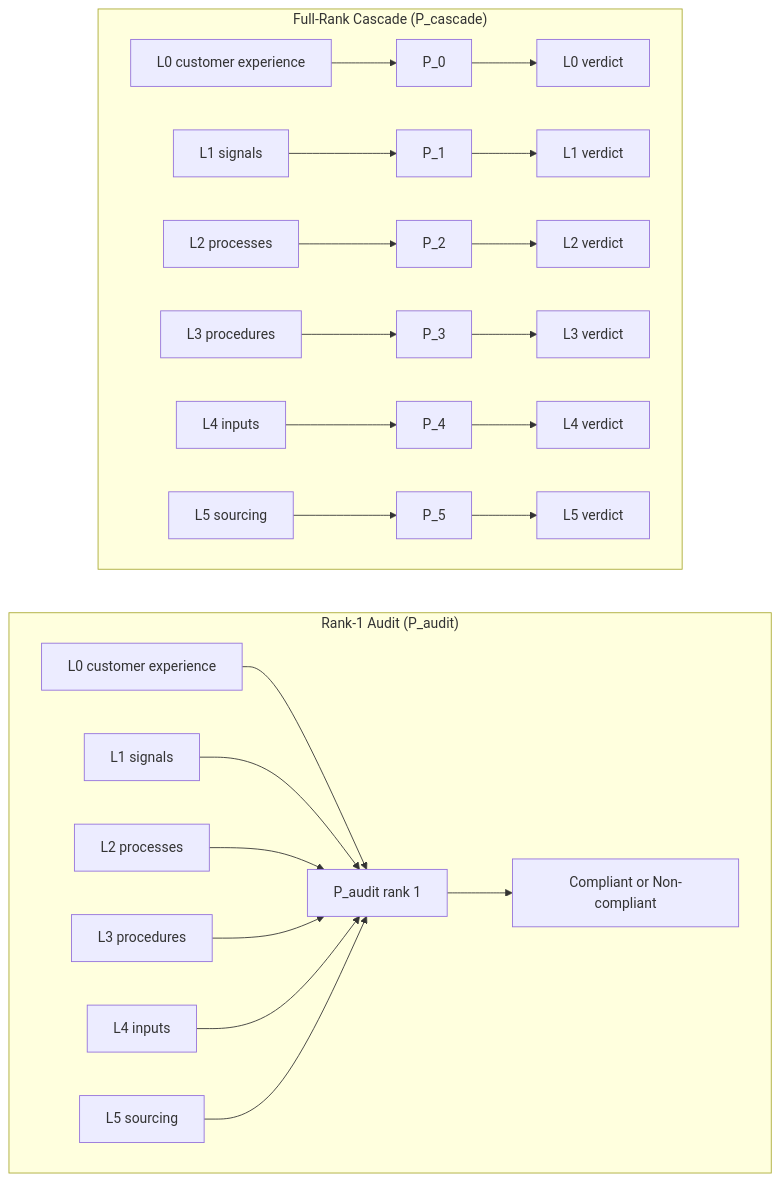
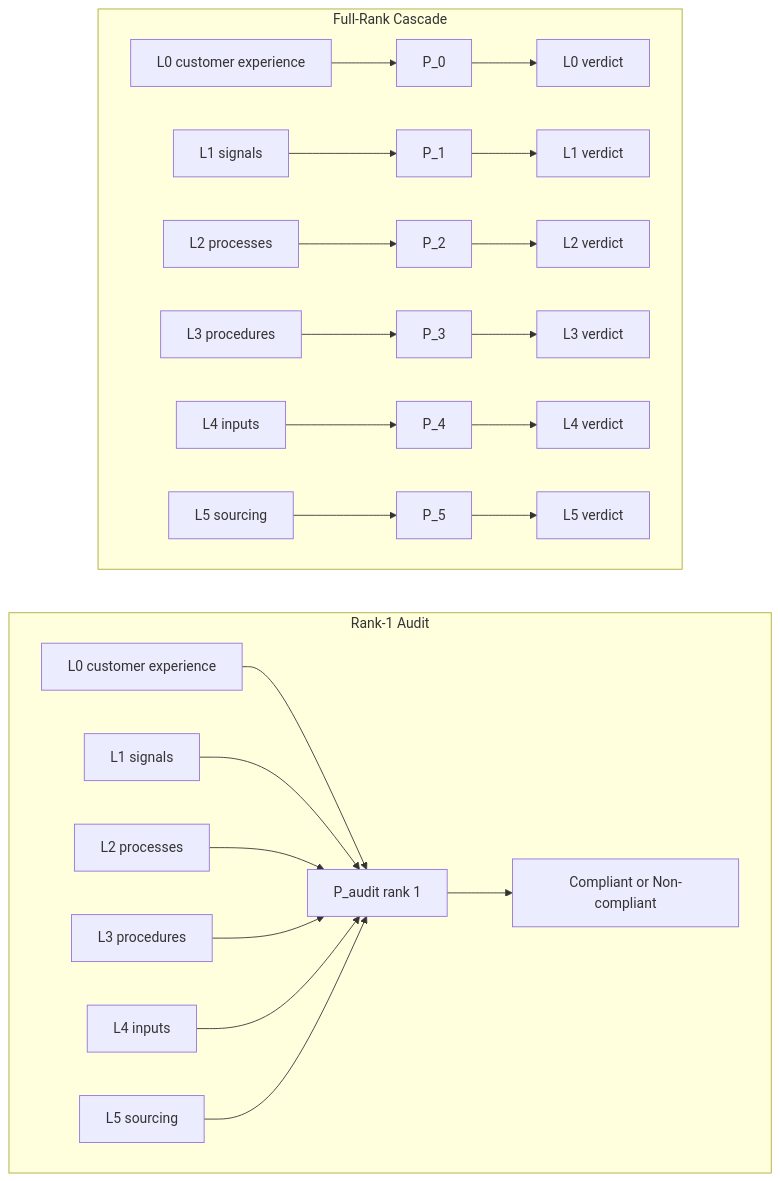
The diagram in verification-as-operator/paper.md (spectralbranding/orgschema-papers), drawn with Mermaid before and after one commit. The commit also changed 5 other files, not shown here.

Commit message:
mirror: 2026ae 2026ai 2026aj orgschema-audit @ 2026-06-26

````diff
--- a/verification-as-operator/paper.md
+++ b/verification-as-operator/paper.md
@@ -35,28 +35,28 @@
 ```{.mermaid width=60%}
 flowchart LR
-  subgraph rank1["Rank-1 Audit (P_audit)"]
+  subgraph rank1["Rank-1 Audit"]
     direction LR
     A0[L0 customer experience] --> Pa[P_audit rank 1]
     A1[L1 signals] --> Pa
     A2[L2 processes] --> Pa
     A3[L3 procedures] --> Pa
     A4[L4 inputs] --> Pa
     A5[L5 sourcing] --> Pa
     Pa --> Av[Compliant or Non-compliant]
   end
-  subgraph fullrank["Full-Rank Cascade (P_cascade)"]
+  subgraph fullrank["Full-Rank Cascade"]
     direction LR
     B0[L0 customer experience] --> P0[P_0]
     B1[L1 signals] --> P1[P_1]
     B2[L2 processes] --> P2[P_2]
     B3[L3 procedures] --> P3[P_3]
     B4[L4 inputs] --> P4[P_4]
     B5[L5 sourcing] --> P5[P_5]
     P0 --> V0[L0 verdict]
     P1 --> V1[L1 verdict]
     P2 --> V2[L2 verdict]
     P3 --> V3[L3 verdict]
     P4 --> V4[L4 verdict]
     P5 --> V5[L5 verdict]
   end
 ```
````
